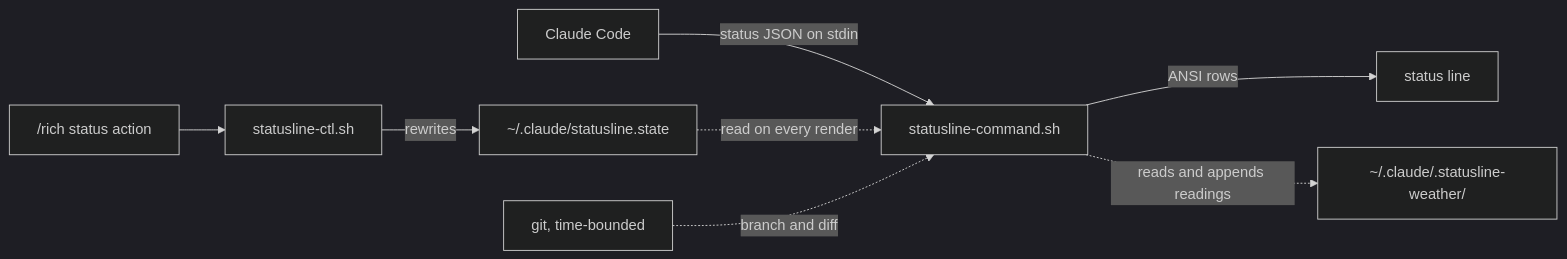
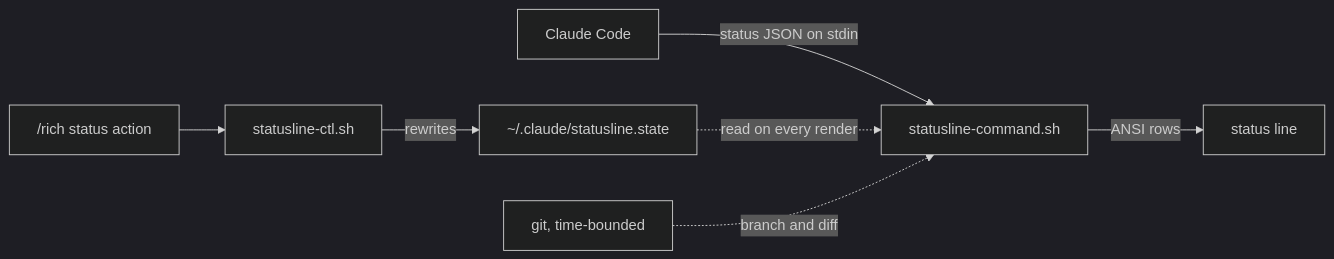
The diagram in README.md (xiaolai/claude-rich-terminal), drawn with Mermaid (dark theme) before and after one commit. The commit also changed other lines of this file and 4 other files, not shown here.

````diff
--- a/README.md
+++ b/README.md
@@ -480,10 +478,9 @@
 ```mermaid
 flowchart LR
     CC["Claude Code"] -->|"status JSON on stdin"| R["statusline-command.sh"]
     R -->|"ANSI rows"| SL["status line"]
     CMD["/rich status action"] --> CTL["statusline-ctl.sh"]
     CTL -->|"rewrites"| ST["~/.claude/statusline.state"]
     ST -.->|"read on every render"| R
     G["git, time-bounded"] -.->|"branch and diff"| R
-    R -.->|"reads and appends readings"| WX["~/.claude/.statusline-weather/"]
 ```
````
